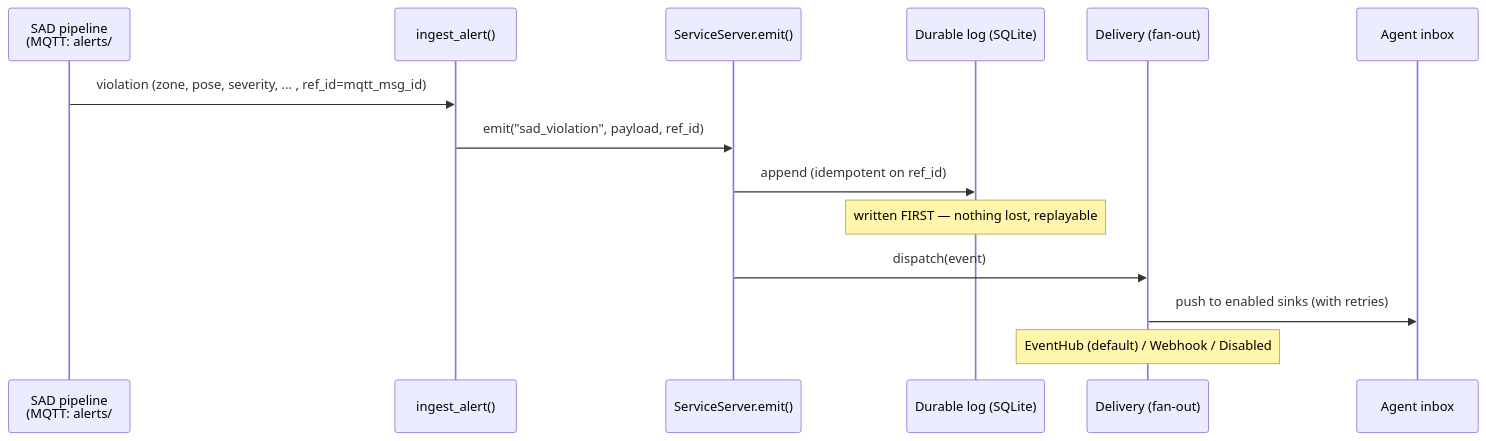
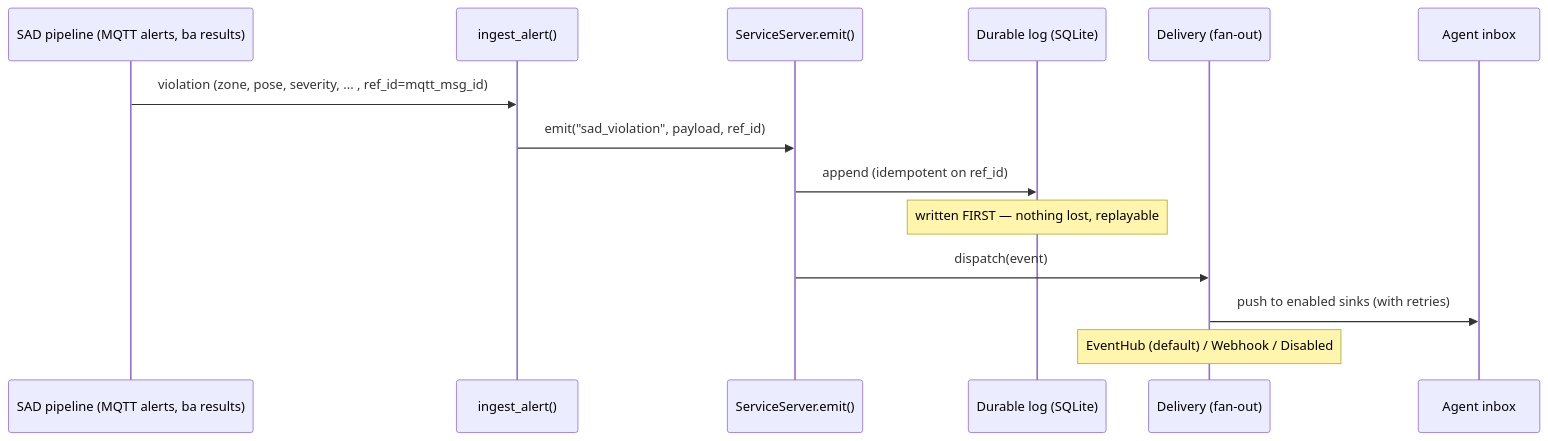
One commit to sachinkaushik/storewide-loss-prevention changed the second of 3 diagrams in suspicious-activity-detection/mcp-service/INTEGRATION.md. Above: the diagram before and after it, drawn with Mermaid. The commit also changed other lines of this file, not shown here.

````diff
--- a/suspicious-activity-detection/mcp-service/INTEGRATION.md
+++ b/suspicious-activity-detection/mcp-service/INTEGRATION.md
@@ -144,17 +144,17 @@
 ```mermaid
 sequenceDiagram
-    participant P as SAD pipeline<br/>(MQTT: alerts/#, ba/results)
+    participant P as SAD pipeline (MQTT alerts, ba results)
     participant I as ingest_alert()
     participant SS as ServiceServer.emit()
     participant LOG as Durable log (SQLite)
     participant DEL as Delivery (fan-out)
     participant A as Agent inbox
 
     P->>I: violation (zone, pose, severity, ... , ref_id=mqtt_msg_id)
     I->>SS: emit("sad_violation", payload, ref_id)
     SS->>LOG: append (idempotent on ref_id)
     Note over LOG: written FIRST — nothing lost, replayable
     SS->>DEL: dispatch(event)
     DEL->>A: push to enabled sinks (with retries)
     Note over DEL: EventHub (default) / Webhook / Disabled
 ```
````
